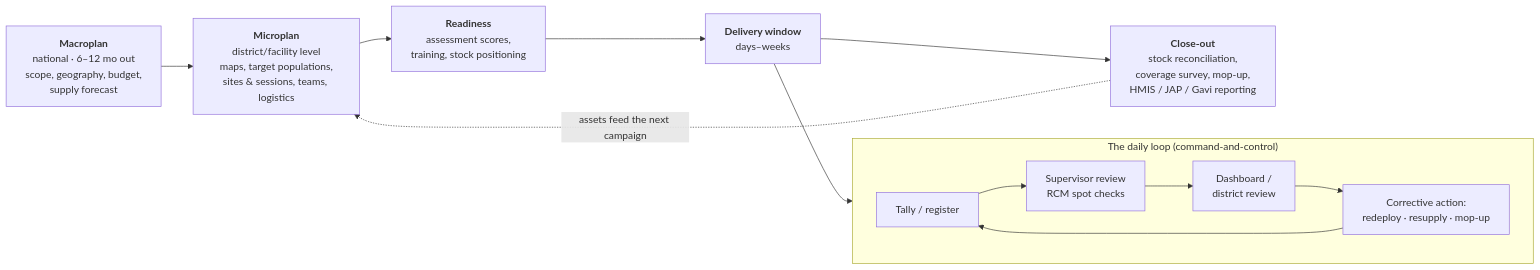
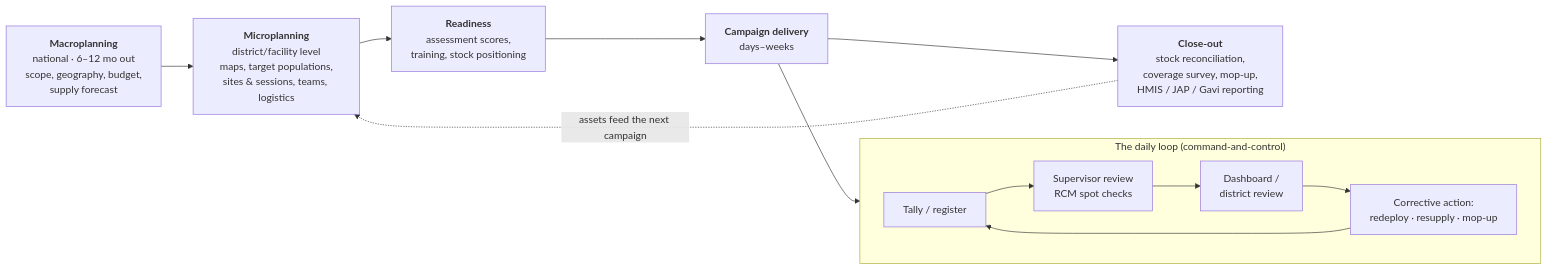
The first of 9 diagrams in project/icr-v1.md (recodelabs/icr), drawn with Mermaid before and after one commit. The commit also changed other lines of this file, not shown here.

````diff
--- a/project/icr-v1.md
+++ b/project/icr-v1.md
@@ -48,15 +48,15 @@
 ```mermaid
 flowchart LR
-    MACRO["<b>Macroplan</b><br/>national · 6–12 mo out<br/>scope, geography, budget,<br/>supply forecast"]
-    MICRO["<b>Microplan</b><br/>district/facility level<br/>maps, target populations,<br/>sites & sessions, teams, logistics"]
+    MACRO["<b>Macroplanning</b><br/>national · 6–12 mo out<br/>scope, geography, budget,<br/>supply forecast"]
+    MICRO["<b>Microplanning</b><br/>district/facility level<br/>maps, target populations,<br/>sites & sessions, teams, logistics"]
     READY["<b>Readiness</b><br/>assessment scores,<br/>training, stock positioning"]
-    DELIVER["<b>Delivery window</b><br/>days–weeks"]
+    DELIVER["<b>Campaign delivery</b><br/>days–weeks"]
     CLOSE["<b>Close-out</b><br/>stock reconciliation,<br/>coverage survey, mop-up,<br/>HMIS / JAP / Gavi reporting"]
     MACRO --> MICRO --> READY --> DELIVER --> CLOSE
     DELIVER --> LOOP
     subgraph LOOP["The daily loop (command-and-control)"]
         direction LR
         TALLY[Tally / register] --> SUP[Supervisor review<br/>RCM spot checks] --> DASH[Dashboard /<br/>district review] --> ACT[Corrective action:<br/>redeploy · resupply · mop-up] --> TALLY
     end
     CLOSE -.assets feed the next campaign.-> MICRO
 ```
````
